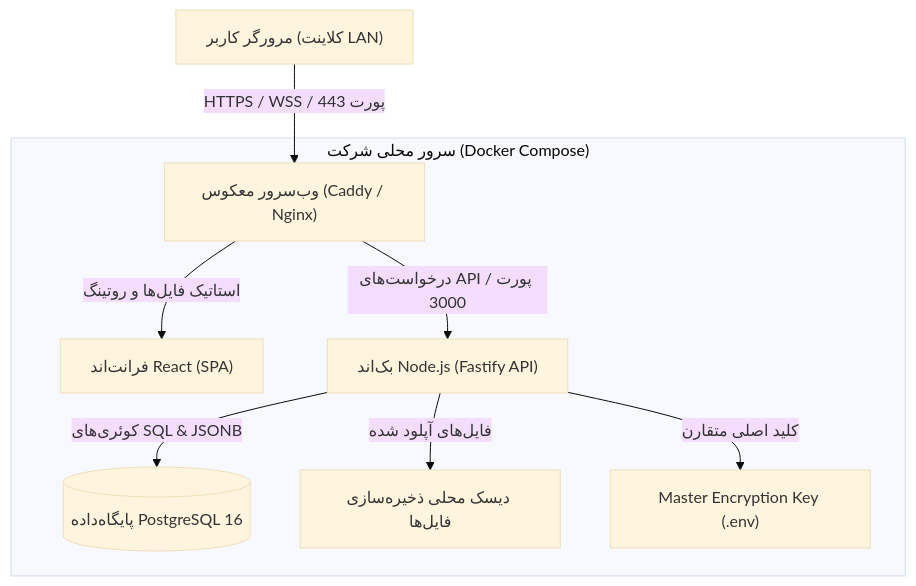
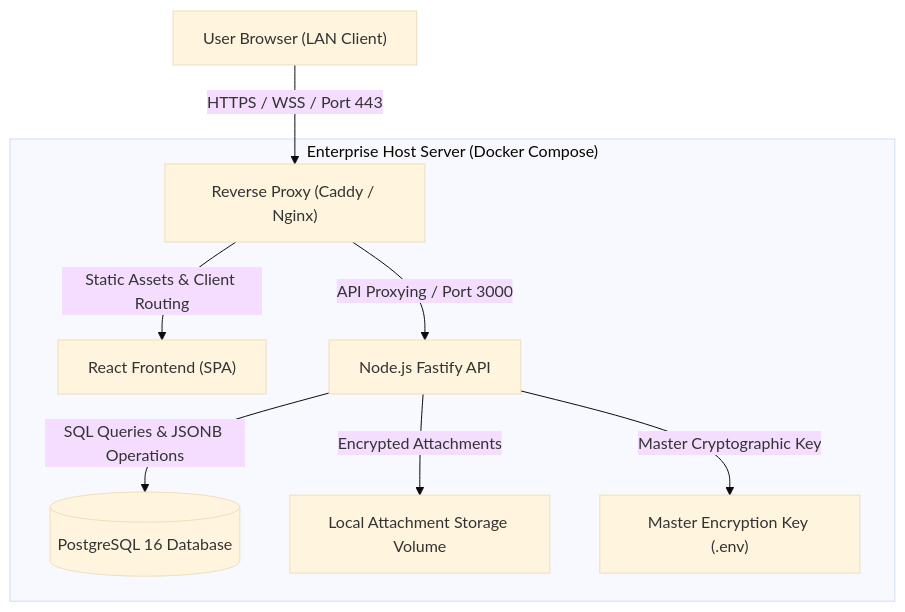
The diagram in docs/01-architecture-and-stack.md (mhdio64/daftar), drawn with Mermaid (base theme) before and after one commit. The commit also changed other lines of this file and 8 other files, not shown here.

Commit message:
docs: translate all documentation and architecture specs to English

````diff
--- a/docs/01-architecture-and-stack.md
+++ b/docs/01-architecture-and-stack.md
@@ -9,13 +9,13 @@
 ```mermaid
 graph TD
-    UserBrowser["مرورگر کاربر (کلاینت LAN)"] -->|HTTPS / WSS / پورت 443| ReverseProxy["وب‌سرور معکوس (Caddy / Nginx)"]
+    UserBrowser["User Browser (LAN Client)"] -->|HTTPS / WSS / Port 443| ReverseProxy["Reverse Proxy (Caddy / Nginx)"]
     
-    subgraph HostServer["سرور محلی شرکت (Docker Compose)"]
-        ReverseProxy -->|استاتیک فایل‌ها و روتینگ| WebClient["فرانت‌اند React (SPA)"]
-        ReverseProxy -->|درخواست‌های API / پورت 3000| BackendAPI["بک‌اند Node.js (Fastify API)"]
+    subgraph HostServer["Enterprise Host Server (Docker Compose)"]
+        ReverseProxy -->|Static Assets & Client Routing| WebClient["React Frontend (SPA)"]
+        ReverseProxy -->|API Proxying / Port 3000| BackendAPI["Node.js Fastify API"]
         
-        BackendAPI -->|کوئری‌های SQL & JSONB| PostgresDB[("پایگاه‌داده PostgreSQL 16")]
-        BackendAPI -->|فایل‌های آپلود شده| VolumeStorage["دیسک محلی ذخیره‌سازی فایل‌ها"]
-        BackendAPI -->|کلید اصلی متقارن| MasterKeySecret["Master Encryption Key (.env)"]
+        BackendAPI -->|SQL Queries & JSONB Operations| PostgresDB[("PostgreSQL 16 Database")]
+        BackendAPI -->|Encrypted Attachments| VolumeStorage["Local Attachment Storage Volume"]
+        BackendAPI -->|Master Cryptographic Key| MasterKeySecret["Master Encryption Key (.env)"]
     end
 ```
````
